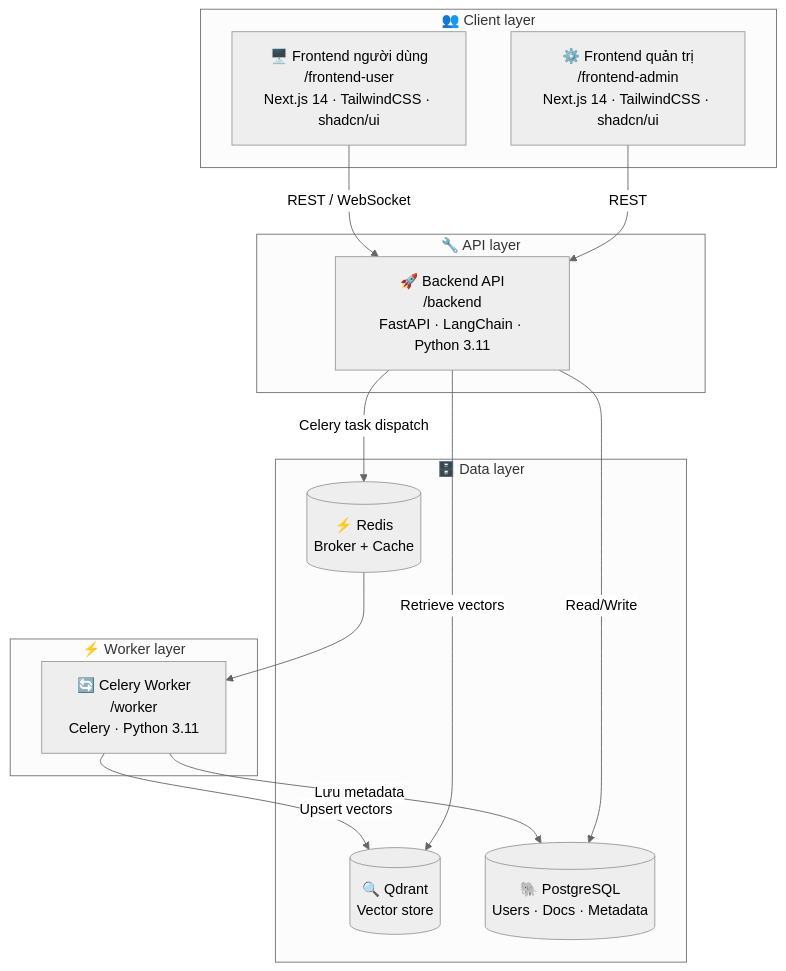
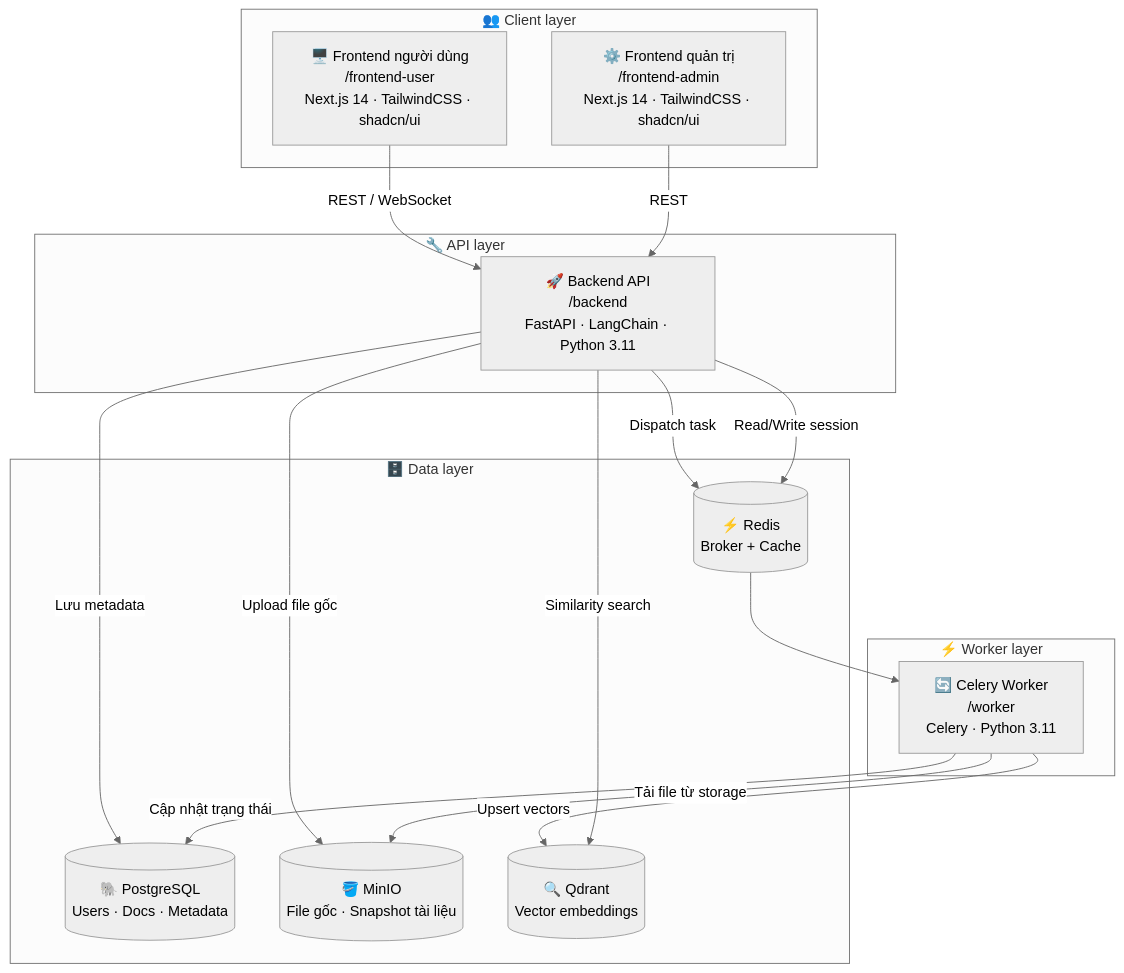
Before and after one commit to tannedjames/ai-system-hhnm: the first of 2 diagrams in README.md, drawn with Mermaid (neutral theme). The commit also changed other lines of this file, not shown here.

First line of the commit message:
Revise README with architecture and storage details

````diff
--- a/README.md
+++ b/README.md
@@ -20,30 +20,34 @@
 ```mermaid
 graph TB
     subgraph Client["👥 Client layer"]
         FU["🖥️ Frontend người dùng\n/frontend-user\nNext.js 14 · TailwindCSS · shadcn/ui"]
         FA["⚙️ Frontend quản trị\n/frontend-admin\nNext.js 14 · TailwindCSS · shadcn/ui"]
     end
 
     subgraph API["🔧 API layer"]
         BE["🚀 Backend API\n/backend\nFastAPI · LangChain · Python 3.11"]
     end
 
     subgraph Worker["⚡ Worker layer"]
         CW["🔄 Celery Worker\n/worker\nCelery · Python 3.11"]
     end
 
     subgraph Data["🗄️ Data layer"]
-        QD[("🔍 Qdrant\nVector store")]
+        PG[("🐘 PostgreSQL\nUsers · Docs · Metadata")]
+        MN[("🪣 MinIO\nFile gốc · Snapshot tài liệu")]
+        QD[("🔍 Qdrant\nVector embeddings")]
         RD[("⚡ Redis\nBroker + Cache")]
-        PG[("🐘 PostgreSQL\nUsers · Docs · Metadata")]
     end
 
     FU -- "REST / WebSocket" --> BE
     FA -- "REST" --> BE
-    BE -- "Celery task dispatch" --> RD
+    BE -- "Lưu metadata" --> PG
+    BE -- "Upload file gốc" --> MN
+    BE -- "Dispatch task" --> RD
     RD --> CW
+    CW -- "Tải file từ storage" --> MN
     CW -- "Upsert vectors" --> QD
-    CW -- "Lưu metadata" --> PG
-    BE -- "Retrieve vectors" --> QD
-    BE -- "Read/Write" --> PG
+    CW -- "Cập nhật trạng thái" --> PG
+    BE -- "Similarity search" --> QD
+    BE -- "Read/Write session" --> RD
 ```
````
